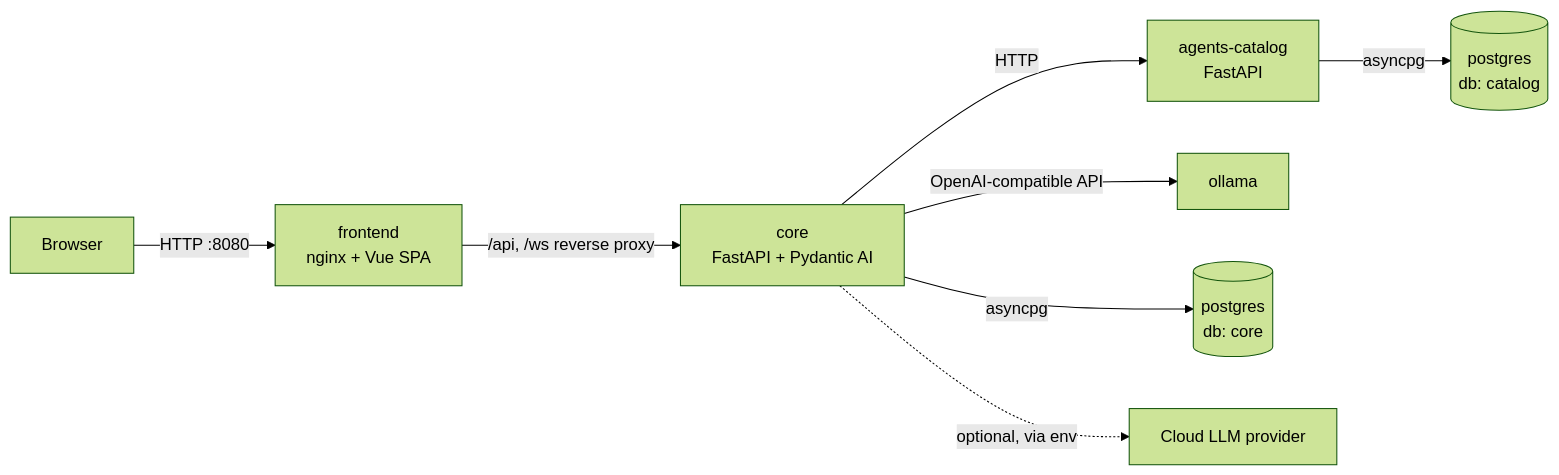
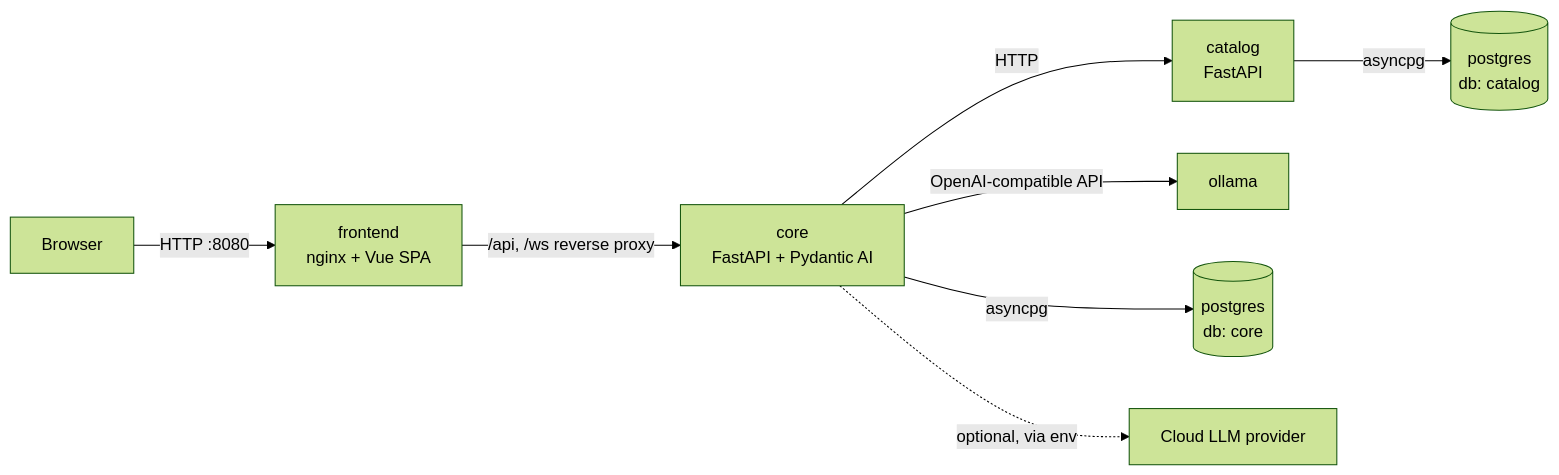
The diagram in .docs/STACK.md (massimobiagioli/virtual-office), drawn with Mermaid (forest theme) before and after one commit. The commit also changed other lines of this file and 39 other files, not shown here.

First line of the commit message:
refactor(catalog): rename the agents-catalog service to catalog

````diff
--- a/.docs/STACK.md
+++ b/.docs/STACK.md
@@ -52,10 +52,10 @@
 ```mermaid
 flowchart LR
   B[Browser] -->|HTTP :8080| FE[frontend<br/>nginx + Vue SPA]
   FE -->|/api, /ws reverse proxy| CORE[core<br/>FastAPI + Pydantic AI]
-  CORE -->|HTTP| CAT[agents-catalog<br/>FastAPI]
+  CORE -->|HTTP| CAT[catalog<br/>FastAPI]
   CORE -->|OpenAI-compatible API| OLL[ollama]
   CORE -->|asyncpg| PG[(postgres<br/>db: core)]
   CAT -->|asyncpg| PG2[(postgres<br/>db: catalog)]
   CORE -. optional, via env .-> CLOUD[Cloud LLM provider]
 ```
````
